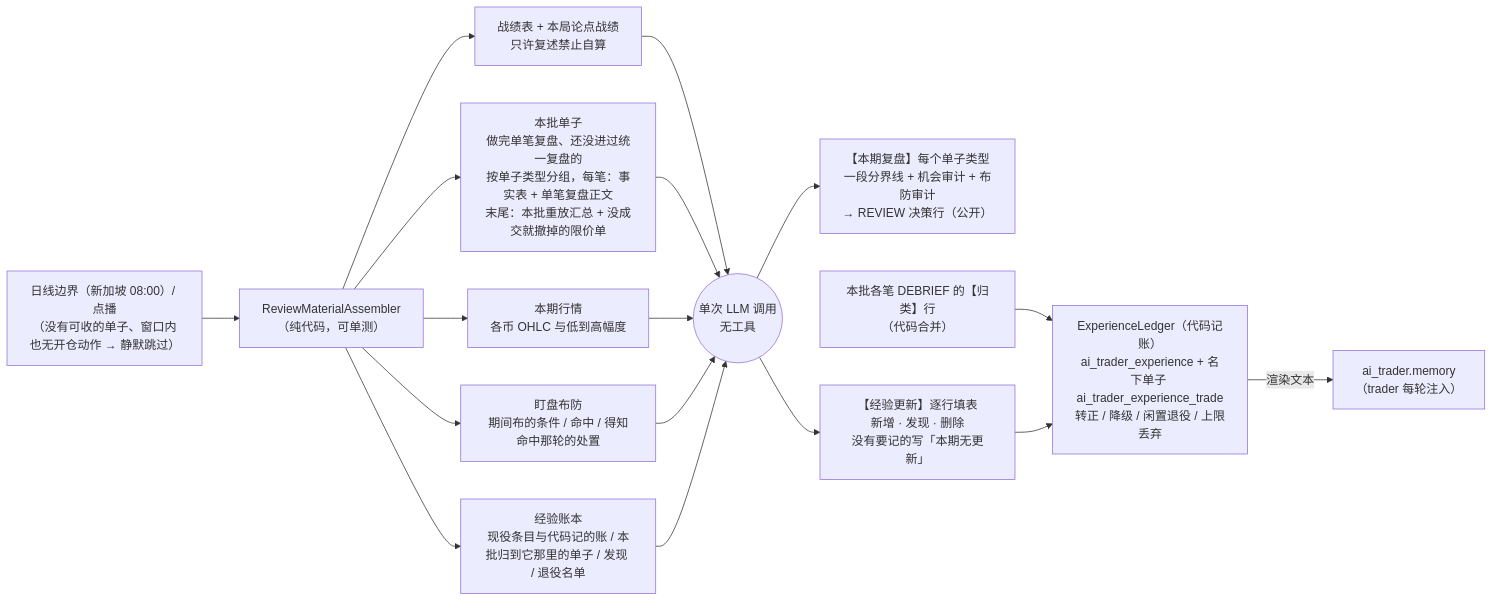
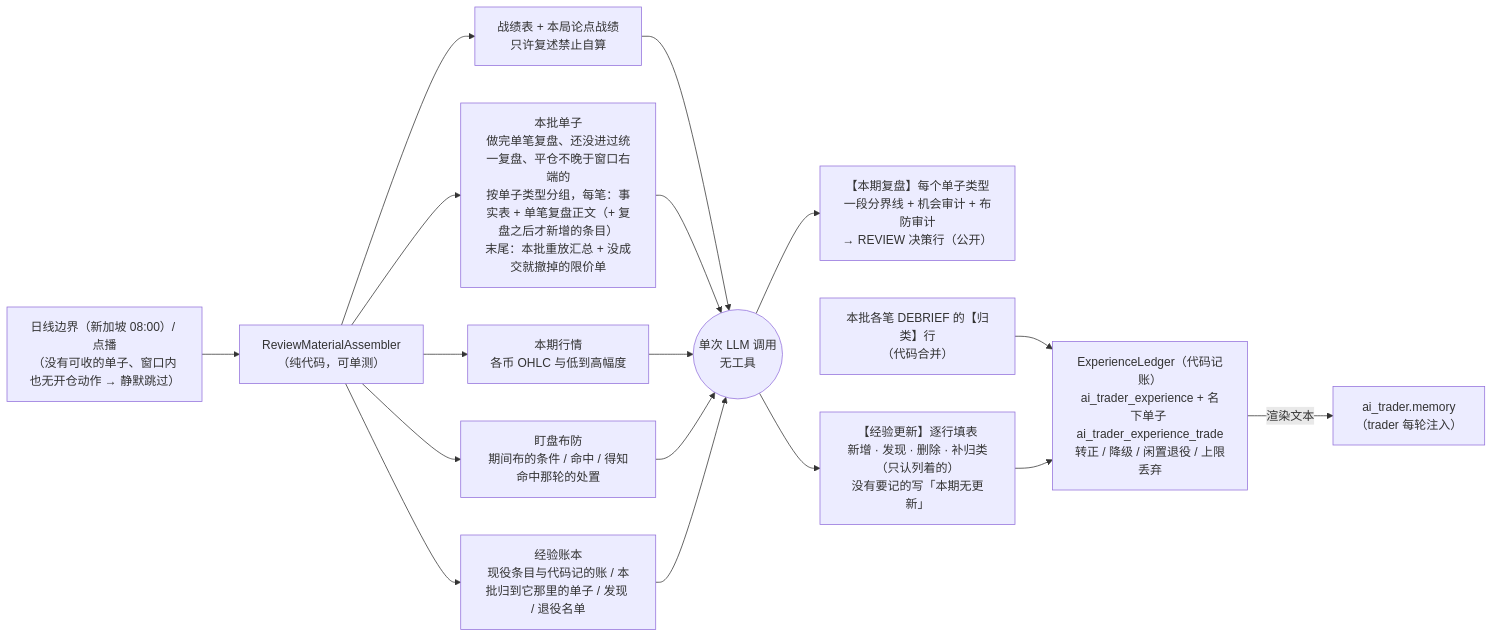
One commit to mamawai/wtfibought changed the fourth of 6 diagrams in docs/agent-harness/architecture.md. Above: the diagram before and after it, drawn with Mermaid. The commit also changed other lines of this file and 42 other files, not shown here.

````diff
--- a/docs/agent-harness/architecture.md
+++ b/docs/agent-harness/architecture.md
@@ -131,15 +132,15 @@
 ```mermaid
 flowchart LR
     B["日线边界（新加坡 08:00）/ 点播<br/>（没有可收的单子、窗口内也无开仓动作 → 静默跳过）"] --> RMA["ReviewMaterialAssembler<br/>（纯代码，可单测）"]
     RMA --> F1["战绩表 + 本局论点战绩<br/>只许复述禁止自算"]
-    RMA --> F2["本批单子<br/>做完单笔复盘、还没进过统一复盘的<br/>按单子类型分组，每笔：事实表 + 单笔复盘正文<br/>末尾：本批重放汇总 + 没成交就撤掉的限价单"]
+    RMA --> F2["本批单子<br/>做完单笔复盘、还没进过统一复盘、平仓不晚于窗口右端的<br/>按单子类型分组，每笔：事实表 + 单笔复盘正文（+ 复盘之后才新增的条目）<br/>末尾：本批重放汇总 + 没成交就撤掉的限价单"]
     RMA --> F3["本期行情<br/>各币 OHLC 与低到高幅度"]
     RMA --> F5["盯盘布防<br/>期间布的条件 / 命中 / 得知命中那轮的处置"]
     RMA --> F4["经验账本<br/>现役条目与代码记的账 / 本批归到它那里的单子 / 发现 / 退役名单"]
     F1 & F2 & F3 & F5 & F4 --> LLM(("单次 LLM 调用<br/>无工具"))
     LLM --> P1["【本期复盘】每个单子类型一段分界线 + 机会审计 + 布防审计<br/>→ REVIEW 决策行（公开）"]
-    LLM --> P2["【经验更新】逐行填表<br/>新增 · 发现 · 删除<br/>没有要记的写「本期无更新」"]
+    LLM --> P2["【经验更新】逐行填表<br/>新增 · 发现 · 删除 · 补归类（只认列着的）<br/>没有要记的写「本期无更新」"]
     DEB["本批各笔 DEBRIEF 的【归类】行<br/>（代码合并）"] --> LED
     P2 --> LED["ExperienceLedger（代码记账）<br/>ai_trader_experience + 名下单子 ai_trader_experience_trade<br/>转正 / 降级 / 闲置退役 / 上限丢弃"]
     LED -->|"渲染文本"| MEM["ai_trader.memory<br/>（trader 每轮注入）"]
 ```
````
